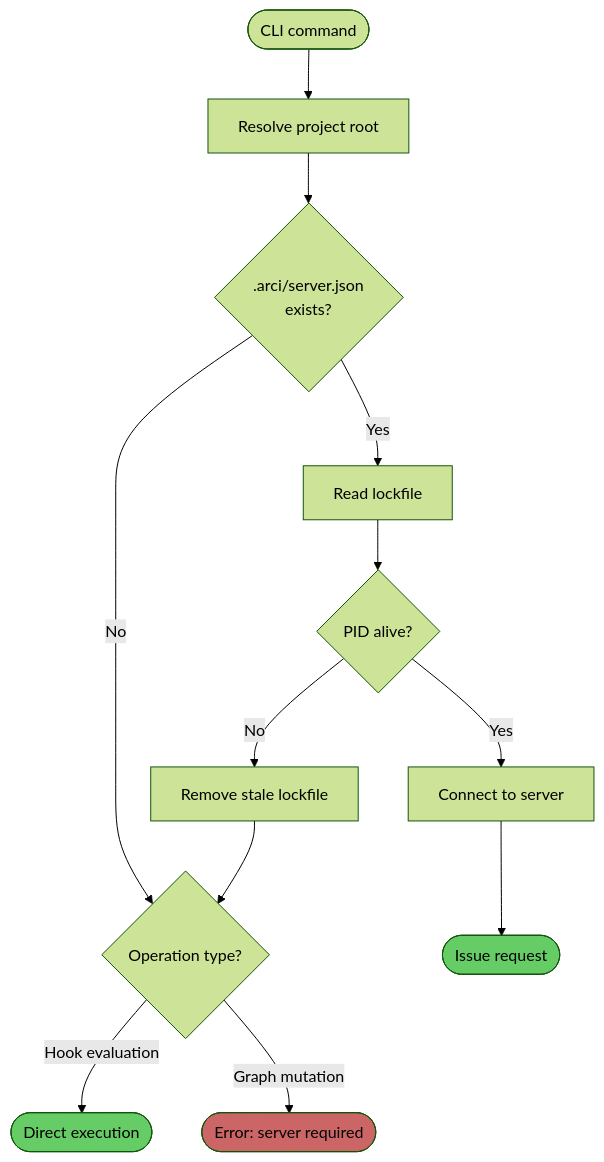
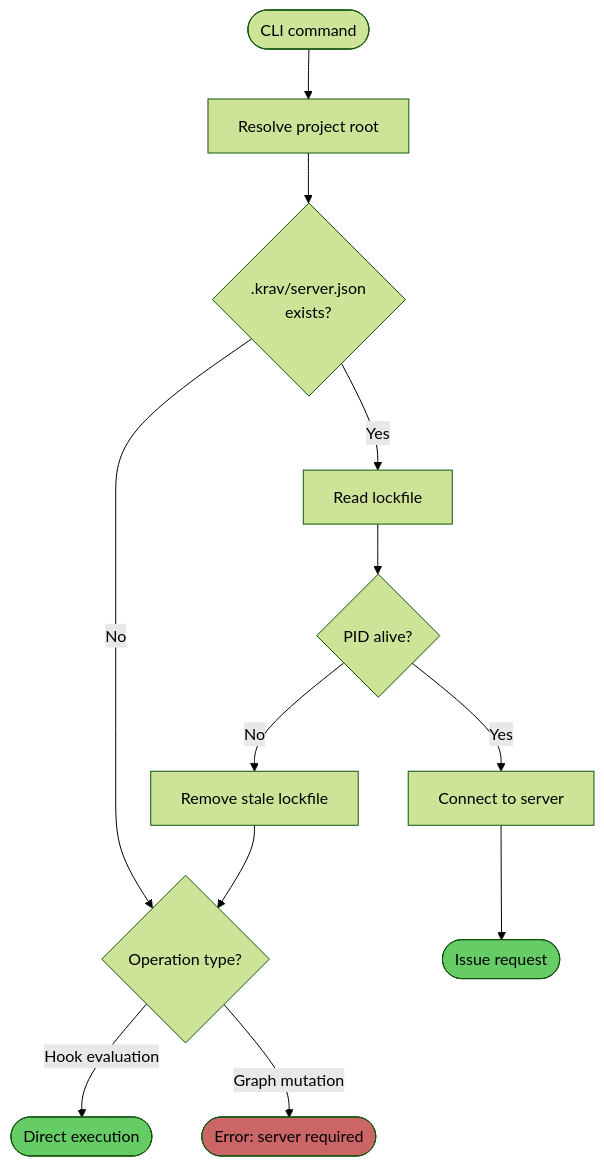
The diagram in docs/design/server/discovery.md (krav-sh/krav), drawn with Mermaid (forest theme) before and after one commit. The commit also changed other lines of this file and 111 other files, not shown here.

````diff
--- a/docs/design/server/discovery.md
+++ b/docs/design/server/discovery.md
@@ -32,24 +32,24 @@
 ```mermaid
 flowchart TD
     Start([CLI command]) --> FindRoot[Resolve project root]
-    FindRoot --> CheckFile{.arci/server.json\nexists?}
+    FindRoot --> CheckFile{.krav/server.json\nexists?}
 
     CheckFile -->|No| NoServer{Operation type?}
     CheckFile -->|Yes| ReadFile[Read lockfile]
 
     ReadFile --> CheckPID{PID alive?}
 
     CheckPID -->|Yes| Connect[Connect to server]
     CheckPID -->|No| Cleanup[Remove stale lockfile]
 
     Cleanup --> NoServer
 
     NoServer -->|Hook evaluation| DirectMode([Direct execution])
     NoServer -->|Graph mutation| Error([Error: server required])
 
     Connect --> Ready([Issue request])
 
     style DirectMode fill:#6c6
     style Error fill:#c66
     style Ready fill:#6c6
 ```
````
